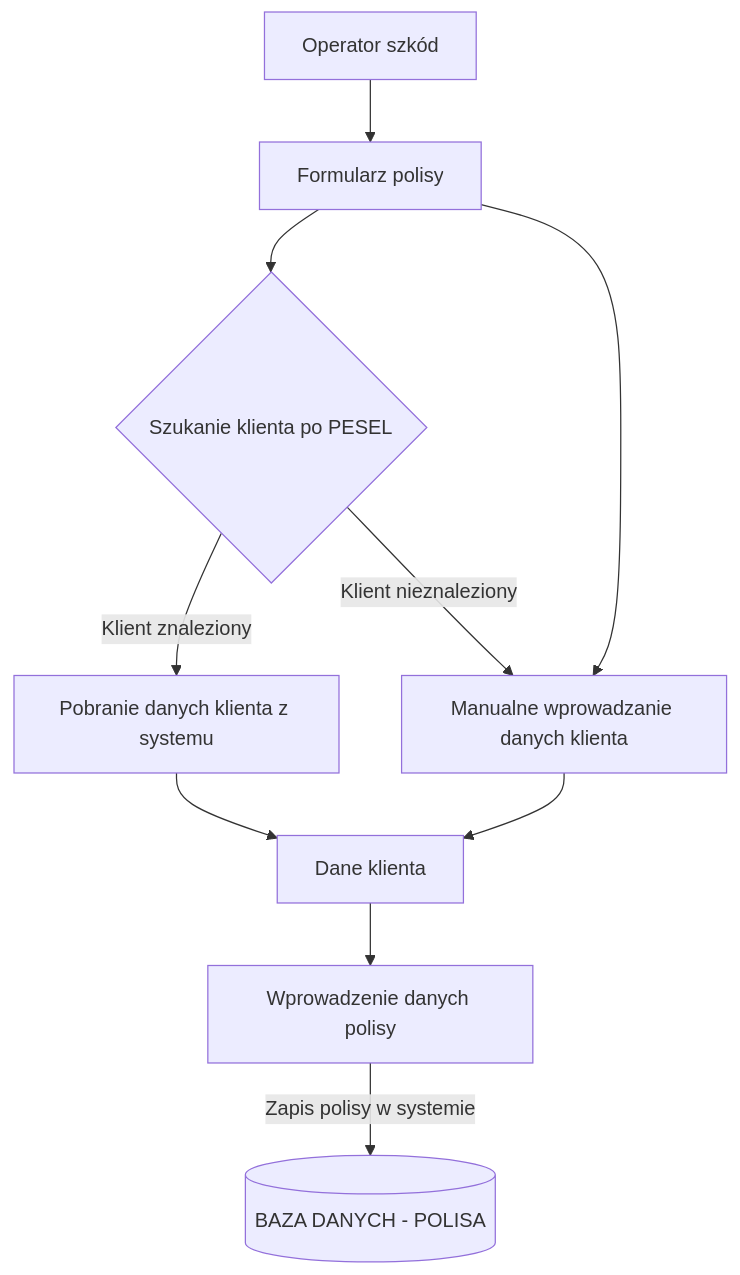
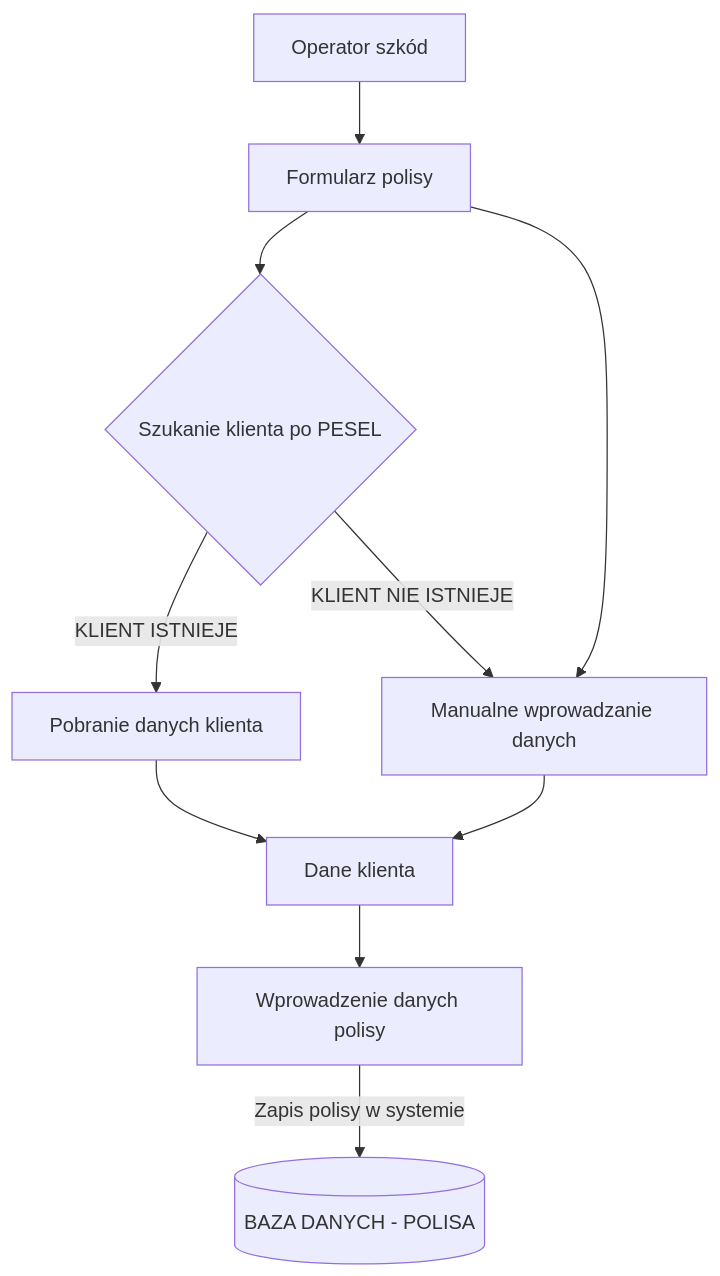
Before and after one commit to ArkadiuszBorkowski/Insurance-Management-System: the second of 5 diagrams in README.md, drawn with Mermaid. The commit also changed other lines of this file, not shown here.

````diff
--- a/README.md
+++ b/README.md
@@ -35,12 +35,12 @@
 ```mermaid
 graph TD
     A[Operator szkód] --> B[Formularz polisy]
     B --> C{Szukanie klienta po PESEL}
-    C -- Klient znaleziony -->E[Pobranie danych klienta z systemu]
+    C -- KLIENT ISTNIEJE --> E[Pobranie danych klienta]
     E --> M[Dane klienta]
-    C -- Klient nieznaleziony --> L[Manualne wprowadzanie danych klienta]
-    B --> L[Manualne wprowadzanie danych klienta]
+    C -- KLIENT NIE ISTNIEJE --> L[Manualne wprowadzanie danych]
+    B --> L
     L --> M[Dane klienta]
     M --> N[Wprowadzenie danych polisy]
     N -- Zapis polisy w systemie--> id1[(BAZA DANYCH - POLISA)]
 ```
````
